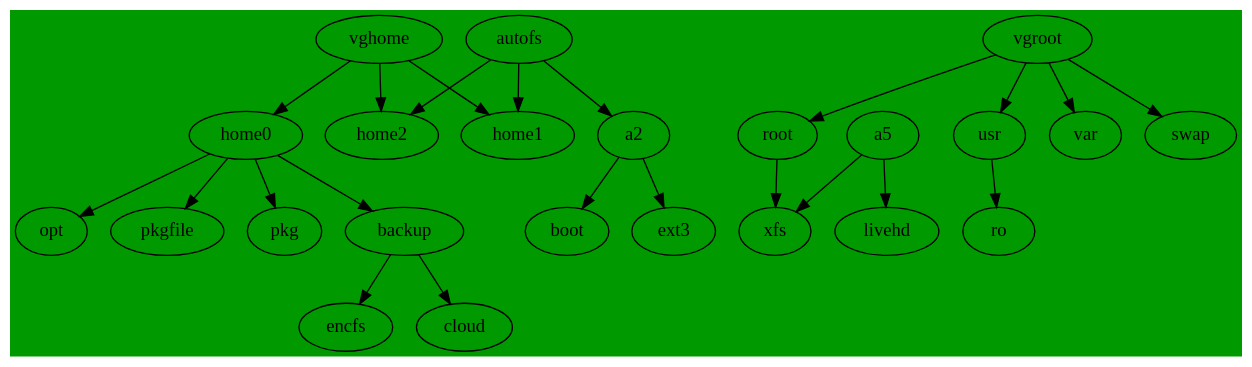
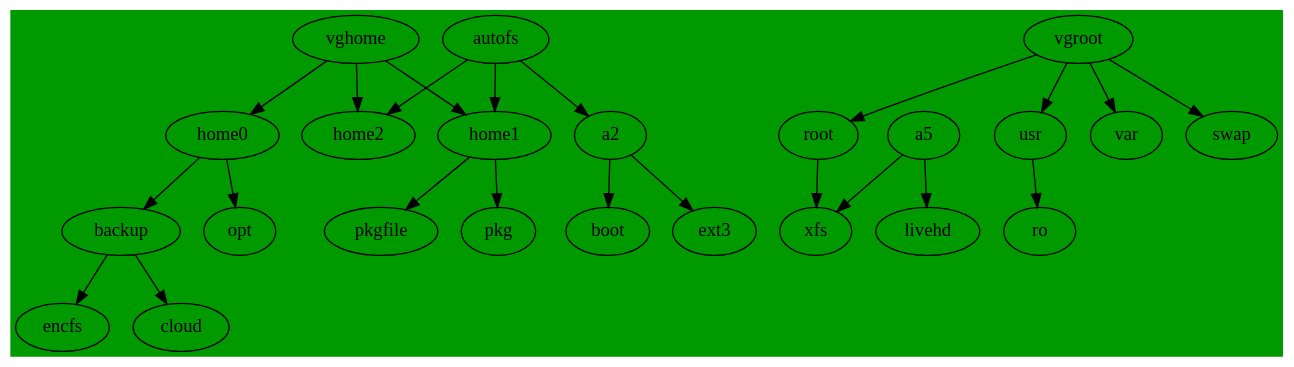
The diagram in dot/.config/dupl/parted.dot (cdede/dotfiles), drawn with Graphviz before and after one commit.

Commit message:
mv pkgs to home1

```diff
--- a/dot/.config/dupl/parted.dot
+++ b/dot/.config/dupl/parted.dot
@@ -1,27 +1,27 @@
 // dot -Tpng  parted.dot -o line1.png
 //  default ext4
 digraph G {
   bgcolor ="#009900";
   autofs->home2;
   autofs->home1;
   autofs->a2;
   a2 -> boot;
   a2 -> ext3;
   root->xfs;
   usr ->ro;
-  home0->pkg;
   home0->backup;
   home0->opt;
-  home0->pkgfile;
+  home1->pkgfile;
+  home1->pkg;
   a5->livehd;
   a5->xfs;
   backup -> encfs;
   backup -> cloud;
   vgroot->root ;
   vgroot->usr;
   vgroot->var;
   vgroot->swap;
   vghome->home0;
   vghome->home1;
   vghome->home2;
 }
```
